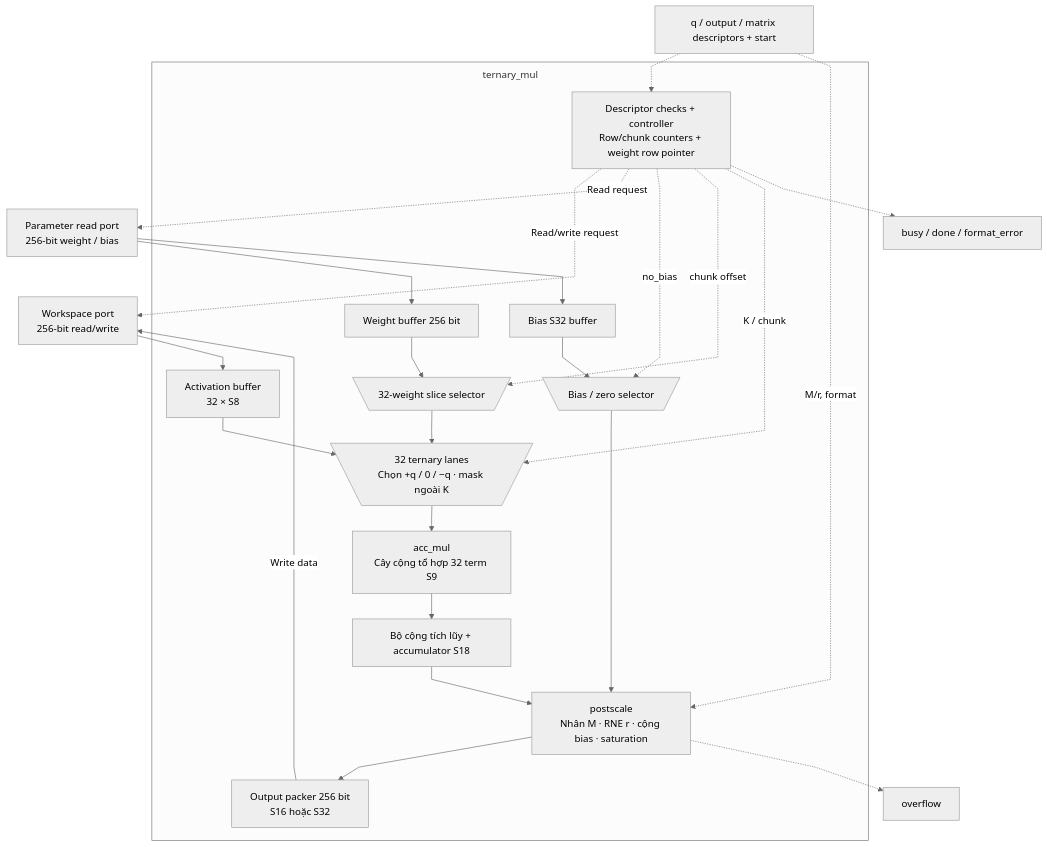
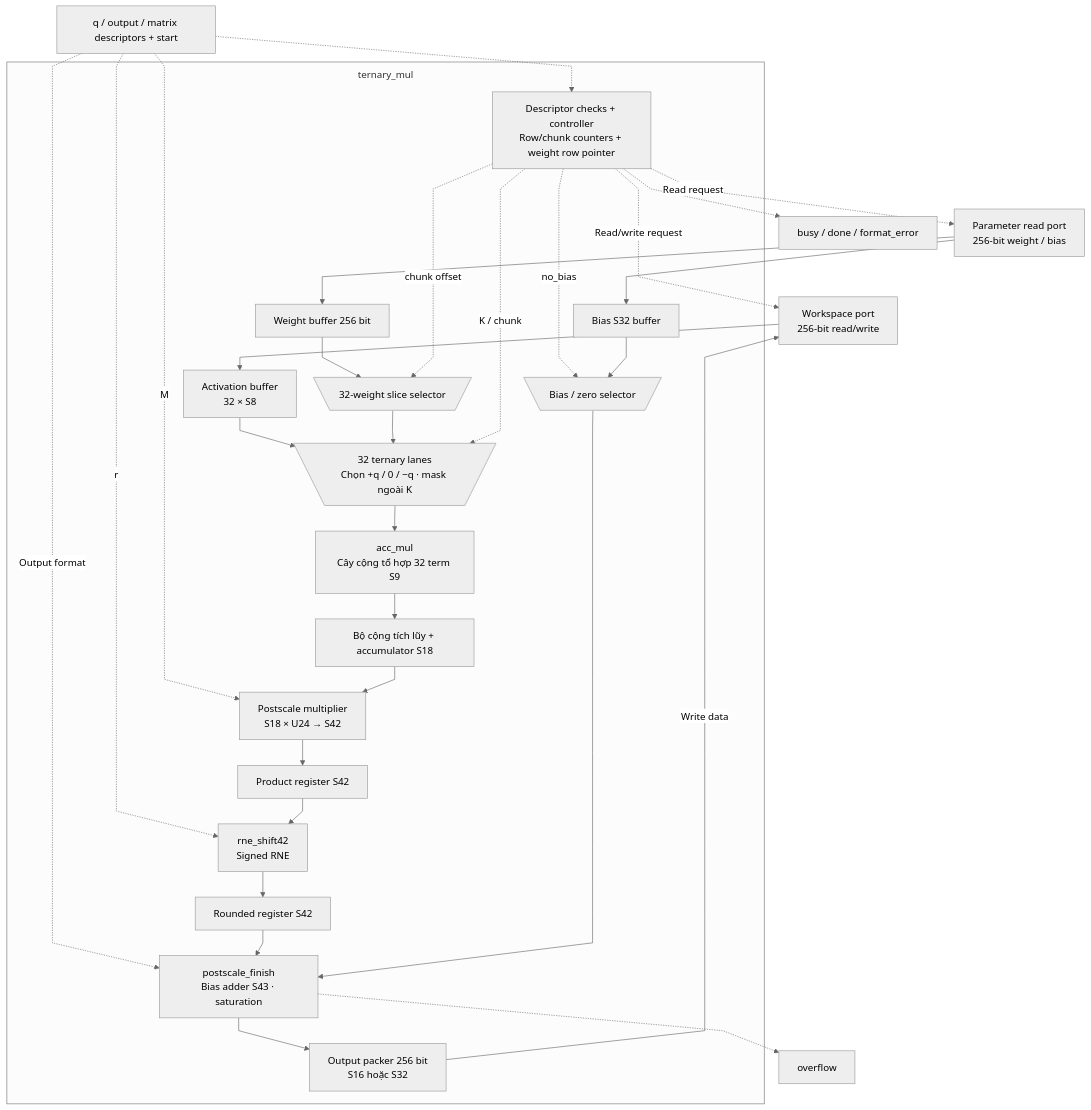
Before and after one commit to nguyennhutkhanhtom/NPU: the first of 2 diagrams in docs/source_guide/blocks/ternary_mul.sv.md, drawn with Mermaid (neutral theme). The commit also changed other lines of this file and 608 other files, not shown here.

Commit message:
Implement autonomous RTL language graph with verified units and timing evidence

````diff
--- a/docs/source_guide/blocks/ternary_mul.sv.md
+++ b/docs/source_guide/blocks/ternary_mul.sv.md
@@ -15,42 +15,52 @@
 ```mermaid
 flowchart TB
 %%{init: {"flowchart": {"subGraphTitleMargin": {"top": 8, "bottom": 20}, "nodeSpacing": 28, "rankSpacing": 42, "curve": "linear"}}}%%
     CFG["q / output / matrix descriptors + start"]
     WS["Workspace port<br/>256-bit read/write"]
     PM["Parameter read port<br/>256-bit weight / bias"]
     subgraph CORE["ternary_mul"]
         CTRL["Descriptor checks + controller<br/>Row/chunk counters + weight row pointer"]
         QB["Activation buffer<br/>32 × S8"]
         WB["Weight buffer 256 bit"]
         WSEL@{ shape: trap-t, label: "32-weight slice selector" }
         PE@{ shape: trap-t, label: "32 ternary lanes<br/>Chọn +q / 0 / −q · mask ngoài K" }
         RED["acc_mul<br/>Cây cộng tổ hợp 32 term S9"]
         ACC["Bộ cộng tích lũy + accumulator S18"]
         BIAS["Bias S32 buffer"]
         BSEL@{ shape: trap-t, label: "Bias / zero selector" }
-        POST["postscale<br/>Nhân M · RNE r · cộng bias · saturation"]
+        SMUL["Postscale multiplier<br/>S18 × U24 → S42"]
+        PREG["Product register S42"]
+        SRNE["rne_shift42<br/>Signed RNE"]
+        RREG["Rounded register S42"]
+        POST["postscale_finish<br/>Bias adder S43 · saturation"]
         OUT["Output packer 256 bit<br/>S16 hoặc S32"]
     end
     CFG -.-> CTRL
-    CFG -.->|"M/r, format"| POST
+    CFG -.->|"M"| SMUL
+    CFG -.->|"r"| SRNE
+    CFG -.->|"Output format"| POST
     CTRL -.->|"Read/write request"| WS
     CTRL -.->|"Read request"| PM
     WS --> QB
     PM --> WB
     PM --> BIAS
     CTRL -.->|"no_bias"| BSEL
     QB --> PE
     WB --> WSEL
     CTRL -.->|"chunk offset"| WSEL
     WSEL --> PE
     CTRL -.->|"K / chunk"| PE
     PE --> RED
     RED --> ACC
-    ACC --> POST
+    ACC --> SMUL
+    SMUL --> PREG
+    PREG --> SRNE
+    SRNE --> RREG
+    RREG --> POST
     BIAS --> BSEL
     BSEL --> POST
     POST --> OUT
     OUT -->|"Write data"| WS
     CTRL -.-> STATUS["busy / done / format_error"]
     POST -.-> OV["overflow"]
 ```
````
